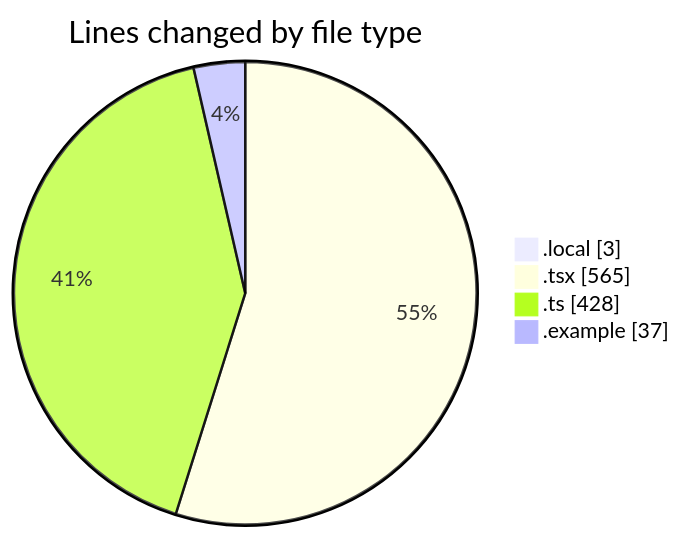
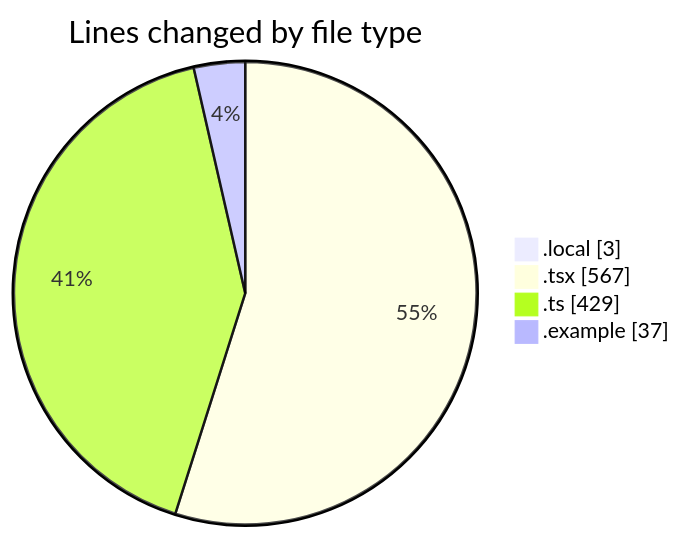
Before and after one commit to julien-gomy/code-tracking: the first of 2 diagrams in 2025-11-20/eventscop-frontend-guide__workspace_/README.md, drawn with Mermaid. The commit also changed other lines of this file and 1 other file, not shown here.

````diff
--- a/2025-11-20/eventscop-frontend-guide__workspace_/README.md
+++ b/2025-11-20/eventscop-frontend-guide__workspace_/README.md
@@ -36,8 +36,8 @@
 ```mermaid
 pie showData
 title Lines changed by file type
 ".local" : 3
-".tsx" : 565
-".ts" : 428
+".tsx" : 567
+".ts" : 429
 ".example" : 37
 ```
````
